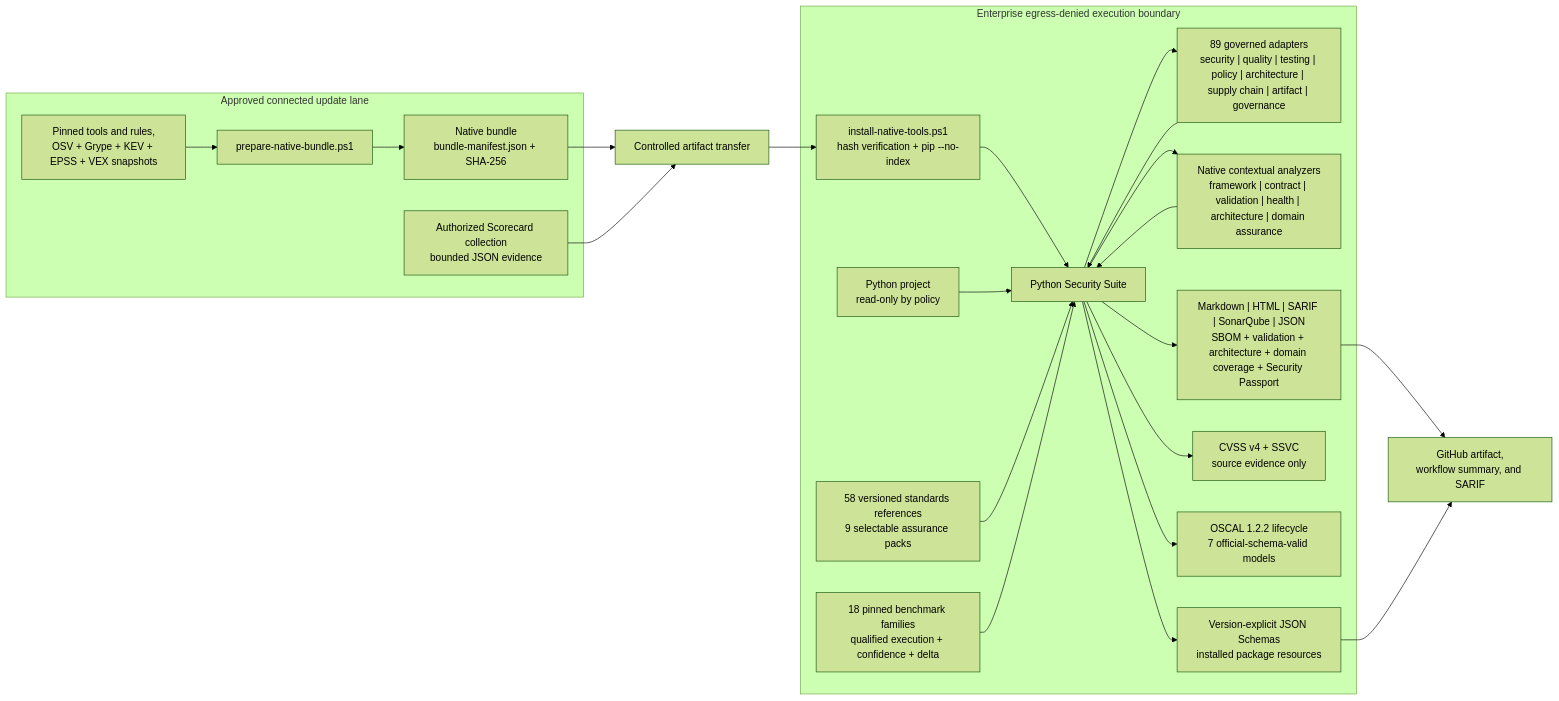
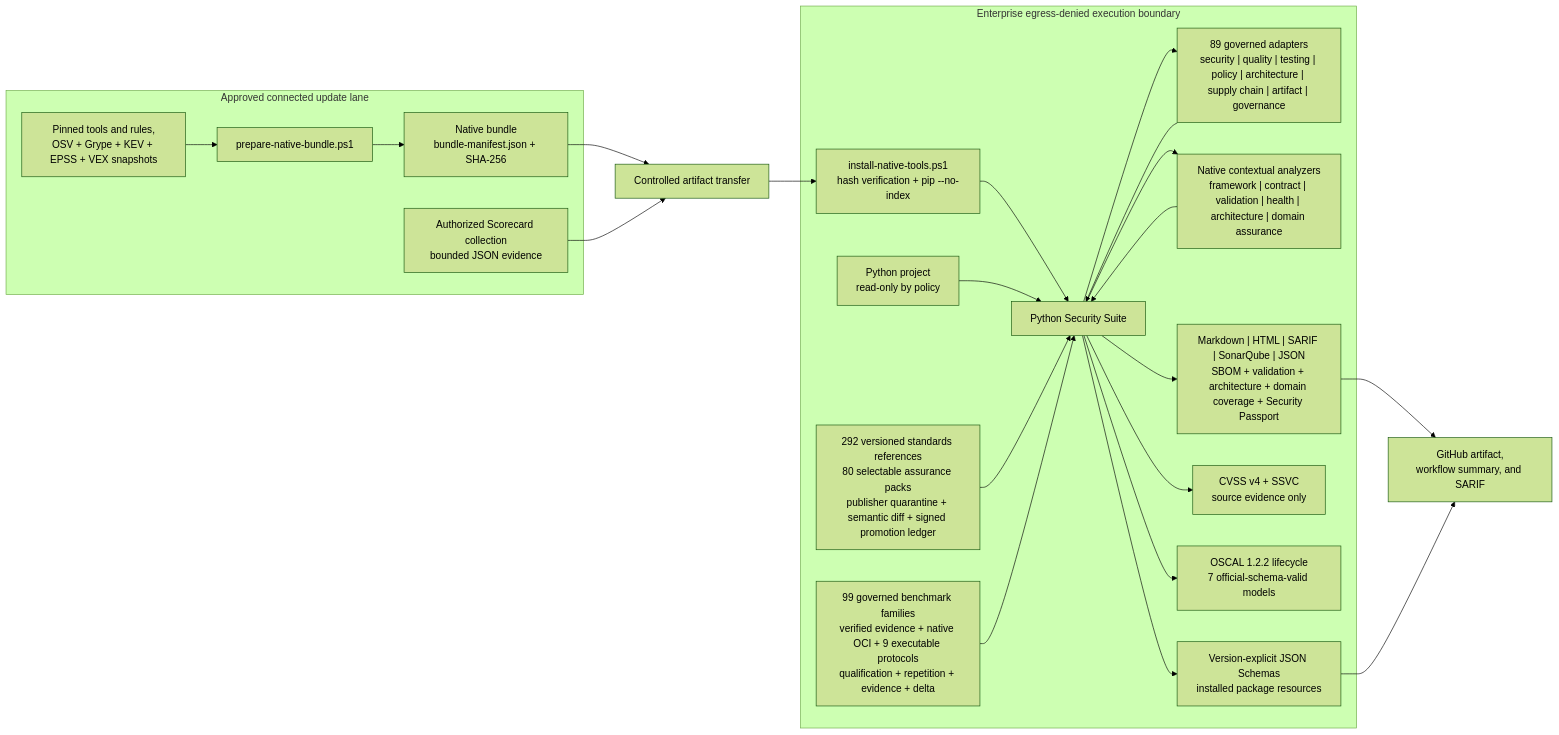
Before and after one commit to willtran87/project-py-security-suite: the first of 17 diagrams in docs/design.md, drawn with Mermaid (forest theme). The commit also changed 43 other files, not shown here.

Commit message:
feat: harden industry assurance execution

````diff
--- a/docs/design.md
+++ b/docs/design.md
@@ -29,45 +29,45 @@
 ```mermaid
 flowchart LR
     subgraph Connected["Approved connected update lane"]
         Prep["prepare-native-bundle.ps1"]
         Sources["Pinned tools and rules,<br/>OSV + Grype + KEV + EPSS + VEX snapshots"]
         ScorecardCollect["Authorized Scorecard collection<br/>bounded JSON evidence"]
         Bundle["Native bundle<br/>bundle-manifest.json + SHA-256"]
         Sources --> Prep --> Bundle
     end
 
     Transfer["Controlled artifact transfer"]
 
     subgraph Boundary["Enterprise egress-denied execution boundary"]
         Install["install-native-tools.ps1<br/>hash verification + pip --no-index"]
         Project["Python project<br/>read-only by policy"]
         Suite["Python Security Suite"]
         Scanners["89 governed adapters<br/>security | quality | testing | policy | architecture | supply chain | artifact | governance"]
         Analyzers["Native contextual analyzers<br/>framework | contract | validation | health | architecture | domain assurance"]
         Reports["Markdown | HTML | SARIF | SonarQube | JSON<br/>SBOM + validation + architecture + domain coverage + Security Passport"]
-        Standards["58 versioned standards references<br/>9 selectable assurance packs"]
-        Benchmarks["18 pinned benchmark families<br/>qualified execution + confidence + delta"]
+        Standards["292 versioned standards references<br/>80 selectable assurance packs<br/>publisher quarantine + semantic diff + signed promotion ledger"]
+        Benchmarks["99 governed benchmark families<br/>verified evidence + native OCI + 9 executable protocols<br/>qualification + repetition + evidence + delta"]
         Priority["CVSS v4 + SSVC<br/>source evidence only"]
         OSCAL["OSCAL 1.2.2 lifecycle<br/>7 official-schema-valid models"]
         Contracts["Version-explicit JSON Schemas<br/>installed package resources"]
         Install --> Suite
         Project --> Suite
         Suite --> Scanners
         Scanners --> Suite
         Suite --> Analyzers
         Analyzers --> Suite
         Standards --> Suite
         Benchmarks --> Suite
         Suite --> Priority
         Suite --> OSCAL
         Suite --> Reports
         Suite --> Contracts
     end
 
     GitHub["GitHub artifact,<br/>workflow summary, and SARIF"]
 
     Bundle --> Transfer --> Install
     ScorecardCollect --> Transfer
     Reports --> GitHub
     Contracts --> GitHub
 ```
````
